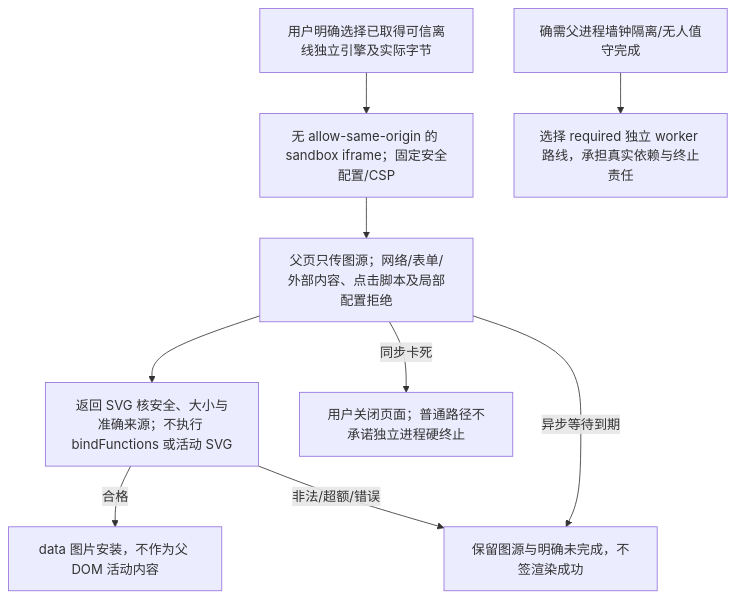
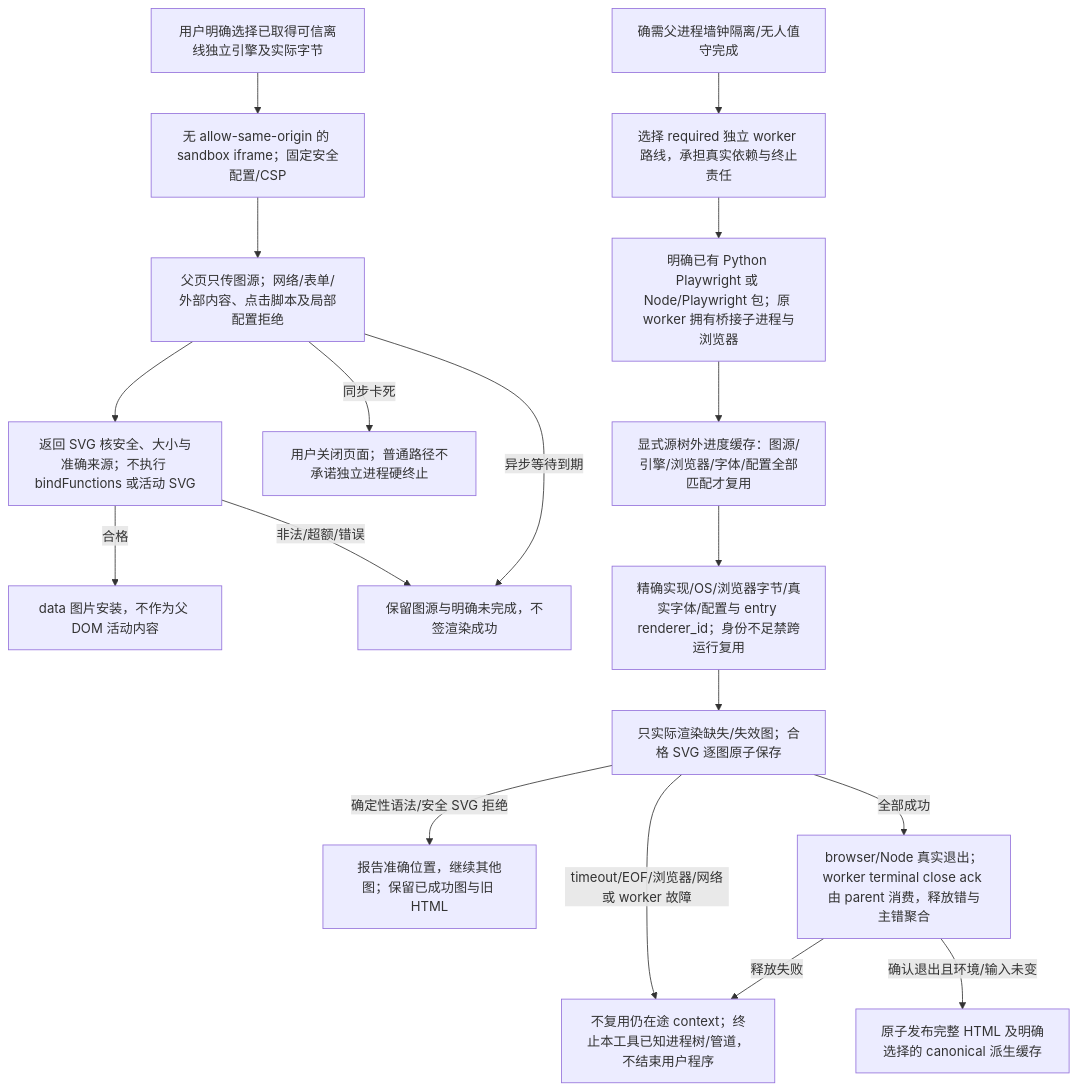
The second of 3 diagrams in docs/维护/阅读构建.md (sec-platform/sec), drawn with Mermaid before and after one commit. The commit also changed other lines of this file and 22 other files, not shown here.

Commit message:
Complete Linux strict tree retirement and render all design diagrams

````diff
--- a/docs/维护/阅读构建.md
+++ b/docs/维护/阅读构建.md
@@ -65,11 +65,20 @@
 ```mermaid
 flowchart TD
   engine["用户明确选择已取得可信离线独立引擎及实际字节"] --> frame["无 allow-same-origin 的 sandbox iframe；固定安全配置/CSP"]
   frame --> render["父页只传图源；网络/表单/外部内容、点击脚本及局部配置拒绝"]
   render --> svg["返回 SVG 核安全、大小与准确来源；不执行 bindFunctions 或活动 SVG"]
   svg -->|合格| image["data 图片安装，不作为父 DOM 活动内容"]
   svg -->|非法/超额/错误| failed["保留图源与明确未完成，不签渲染成功"]
   render -->|异步等待到期| failed
   render -->|同步卡死| close["用户关闭页面；普通路径不承诺独立进程硬终止"]
   need["确需父进程墙钟隔离/无人值守完成"] --> required["选择 required 独立 worker 路线，承担真实依赖与终止责任"]
+  required --> runtime["明确已有 Python Playwright 或 Node/Playwright 包；原 worker 拥有桥接子进程与浏览器"]
+  runtime --> progress["显式源树外进度缓存：图源/引擎/浏览器/字体/配置全部匹配才复用"]
+  progress --> missing["精确实现/OS/浏览器字节/真实字体/配置与 entry renderer_id；身份不足禁跨运行复用"]
+  missing --> draw["只实际渲染缺失/失效图；合格 SVG 逐图原子保存"]
+  draw -->|确定性语法/安全 SVG 拒绝| collect["报告准确位置，继续其他图；保留已成功图与旧 HTML"]
+  draw -->|timeout/EOF/浏览器/网络或 worker 故障| stop["不复用仍在途 context；终止本工具已知进程树/管道，不结束用户程序"]
+  draw -->|全部成功| renderer_closed["browser/Node 真实退出；worker terminal close ack 由 parent 消费，释放错与主错聚合"]
+  renderer_closed -->|释放失败| stop
+  renderer_closed -->|确认退出且环境/输入未变| publish["原子发布完整 HTML 及明确选择的 canonical 派生缓存"]
 ```
````
